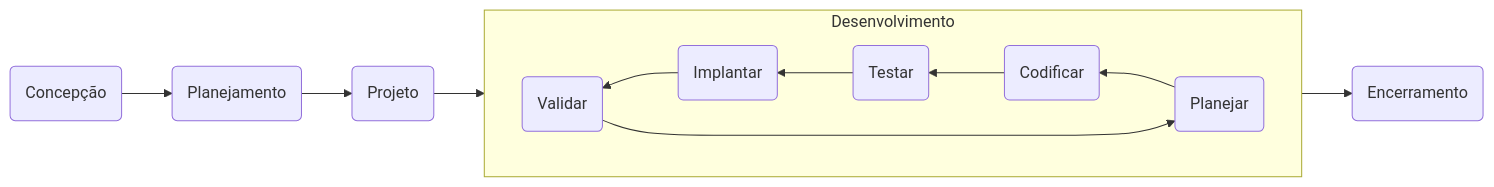
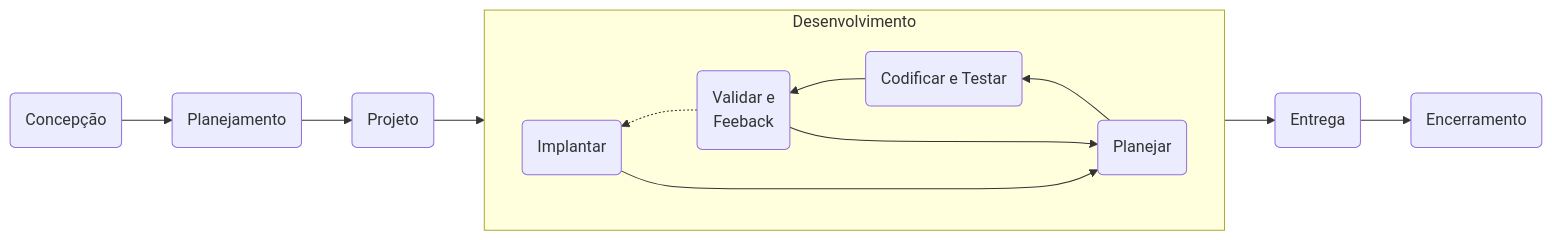
Before and after one commit to mambee-ifpi-picos/processo-desenvolvimento-software-mambee: the first of 2 diagrams in README.md, drawn with Mermaid. The commit also changed other lines of this file, not shown here.

````diff
--- a/README.md
+++ b/README.md
@@ -79,15 +81,16 @@
 ```mermaid
 flowchart LR
     A(Concepção) --> B(Planejamento)
     B --> C(Projeto)
     subgraph Desenvolvimento
      direction RL
-     D(Planejar) --> E(Codificar)
-     E --> F(Testar)
-     F --> G(Implantar)
-     G --> H(Validar)
-     H --> D
+     D(Planejar) --> E(Codificar e Testar)
+     E --> F(Validar e \n Feeback)
+     F -.-> G(Implantar)
+     G --> D
+     F --> D
     end
     C --> Desenvolvimento
-    Desenvolvimento --> I(Encerramento)
+    Desenvolvimento --> H(Entrega)
+    H --> I(Encerramento)
 ```
````
